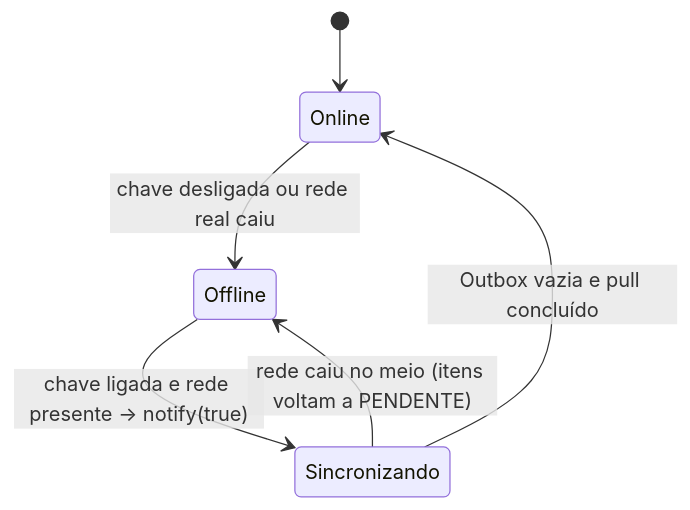
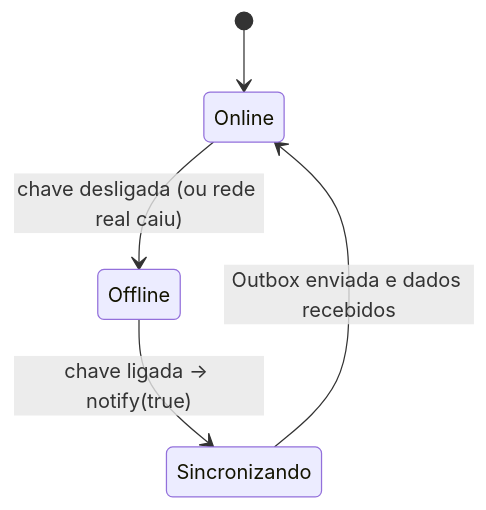
Before and after one commit to joaogehlen/MedicalField: the first of 3 diagrams in docs/03-sincronizacao-offline.md, drawn with Mermaid. The commit also changed other lines of this file and 40 other files, not shown here.

````diff
--- a/docs/03-sincronizacao-offline.md
+++ b/docs/03-sincronizacao-offline.md
@@ -15,8 +15,7 @@
 ```mermaid
 stateDiagram-v2
     [*] --> Online
-    Online --> Offline: chave desligada ou rede real caiu
-    Offline --> Sincronizando: chave ligada e rede presente → notify(true)
-    Sincronizando --> Online: Outbox vazia e pull concluído
-    Sincronizando --> Offline: rede caiu no meio (itens voltam a PENDENTE)
+    Online --> Offline: chave desligada (ou rede real caiu)
+    Offline --> Sincronizando: chave ligada → notify(true)
+    Sincronizando --> Online: Outbox enviada e dados recebidos
 ```
````
